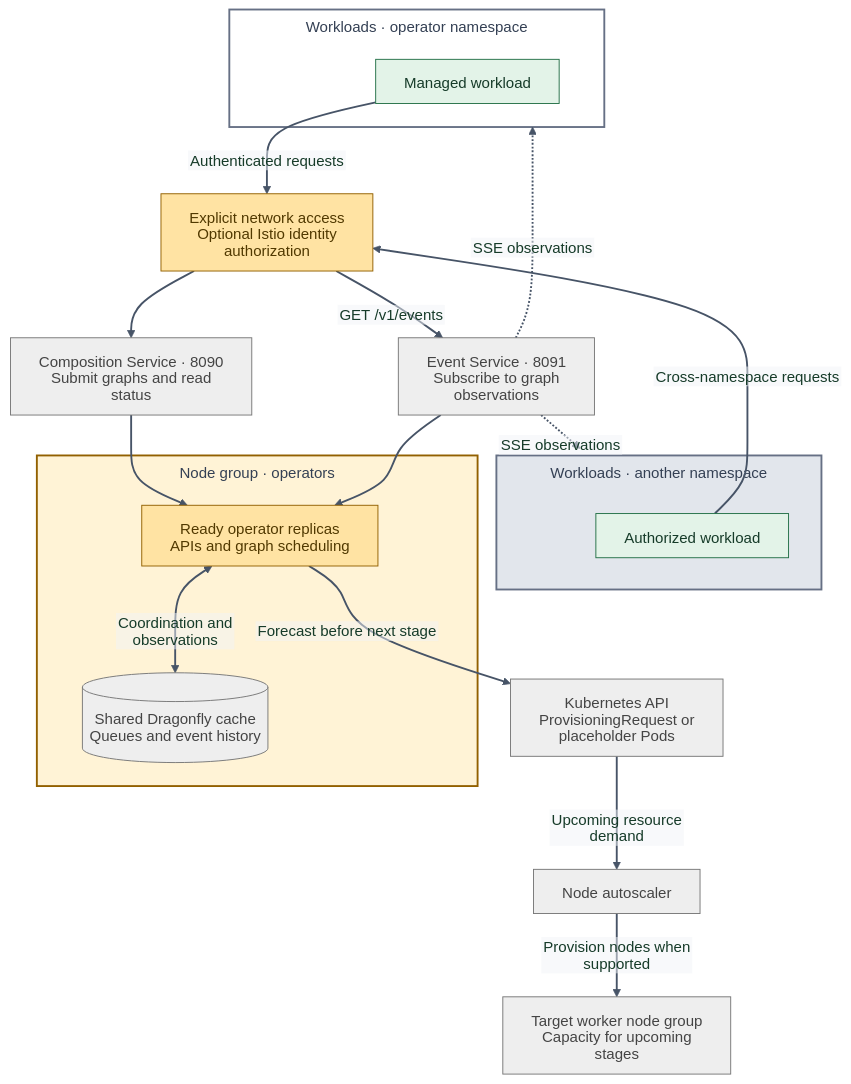
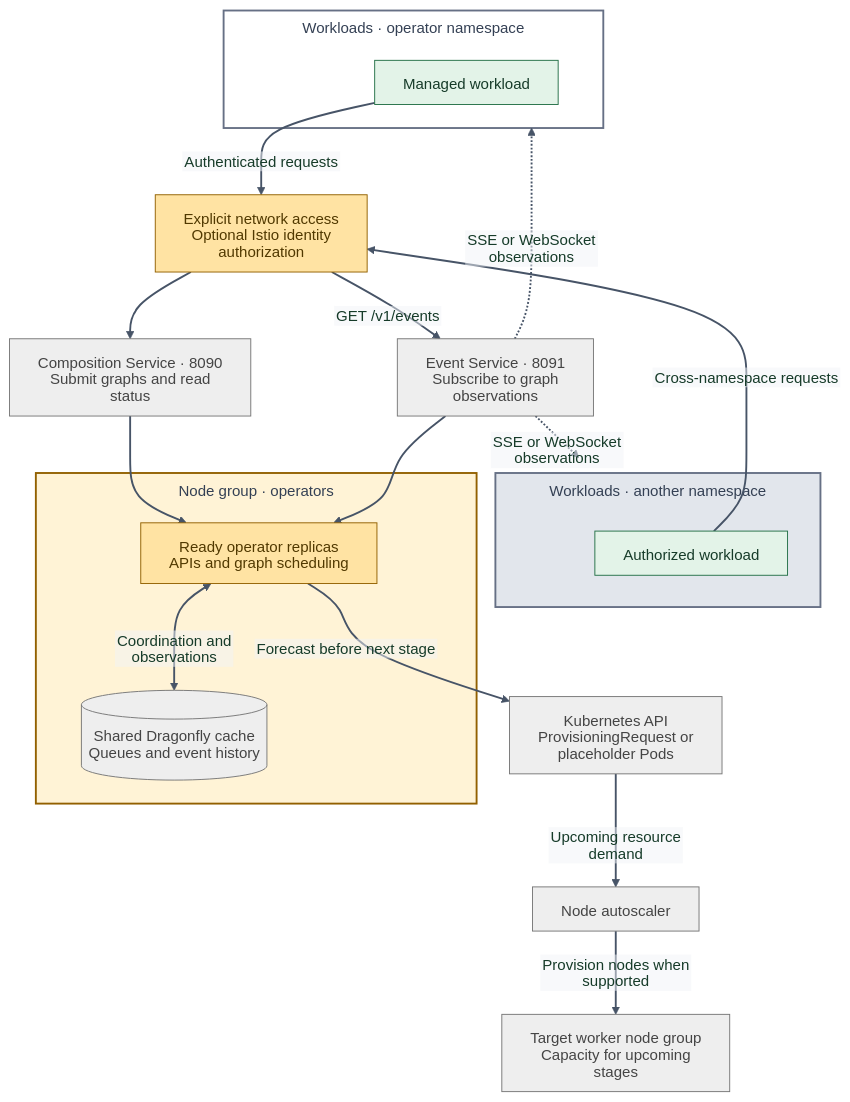
Before and after one commit to astrivant/polyad: the seventh of 10 diagrams in README.md, drawn with Mermaid. The commit also changed other lines of this file and 75 other files, not shown here.

````diff
--- a/README.md
+++ b/README.md
@@ -604,59 +604,59 @@
 ```mermaid
 ---
 config:
   theme: base
   htmlLabels: false
   themeVariables:
     primaryTextColor: "#163b29"
     secondaryTextColor: "#513900"
     tertiaryTextColor: "#344054"
     clusterBkg: "#f2f4f7"
     clusterBorder: "#667085"
     titleColor: "#344054"
     edgeLabelBackground: "#f2f4f7"
     lineColor: "#667085"
   flowchart:
     subGraphTitleMargin:
       top: 8
       bottom: 20
 ---
 flowchart TB
     subgraph local["Workloads · operator namespace"]
         caller["Managed workload"]
     end
     subgraph remote["Workloads · another namespace"]
         subscriber["Authorized workload"]
     end
     access["Explicit network access<br/>Optional Istio identity authorization"]
     composition["Composition Service · 8090<br/>Submit graphs and read status"]
     events["Event Service · 8091<br/>Subscribe to graph observations"]
     subgraph control["Node group · operators"]
         operator["Ready operator replicas<br/>APIs and graph scheduling"]
         cache[("Shared Dragonfly cache<br/>Queues and event history")]
     end
     demand["Kubernetes API<br/>ProvisioningRequest or placeholder Pods"]
     autoscaler["Node autoscaler"]
     machines["Target worker node group<br/>Capacity for upcoming stages"]
     caller -->|"Authenticated requests"| access
     subscriber -->|"Cross-namespace requests"| access
     access --> composition
     access -->|"GET /v1/events"| events
     composition --> operator
     events --> operator
     operator <-->|"Coordination and observations"| cache
-    events -. "SSE observations" .-> local
-    events -. "SSE observations" .-> remote
+    events -. "SSE or WebSocket observations" .-> local
+    events -. "SSE or WebSocket observations" .-> remote
     operator -->|"Forecast before next stage"| demand
     demand -->|"Upcoming resource demand"| autoscaler
     autoscaler -->|"Provision nodes when supported"| machines
     classDef execution fill:#e3f3e8,stroke:#247047,color:#163b29
     classDef constraint fill:#ffe3a3,stroke:#926000,color:#513900
     classDef resource fill:#eeeeee,stroke:#777777,color:#444444
     class caller,subscriber execution
     class operator,access constraint
     class composition,events,cache,demand,autoscaler,machines resource
     style local fill:#ffffff,stroke:#667085,stroke-width:2px,color:#344054
     style remote fill:#e2e6ec,stroke:#667085,stroke-width:2px,color:#344054
     style control fill:#fff3d6,stroke:#926000,stroke-width:2px,color:#513900
     linkStyle default stroke:#475467,stroke-width:2px
 ```
````
